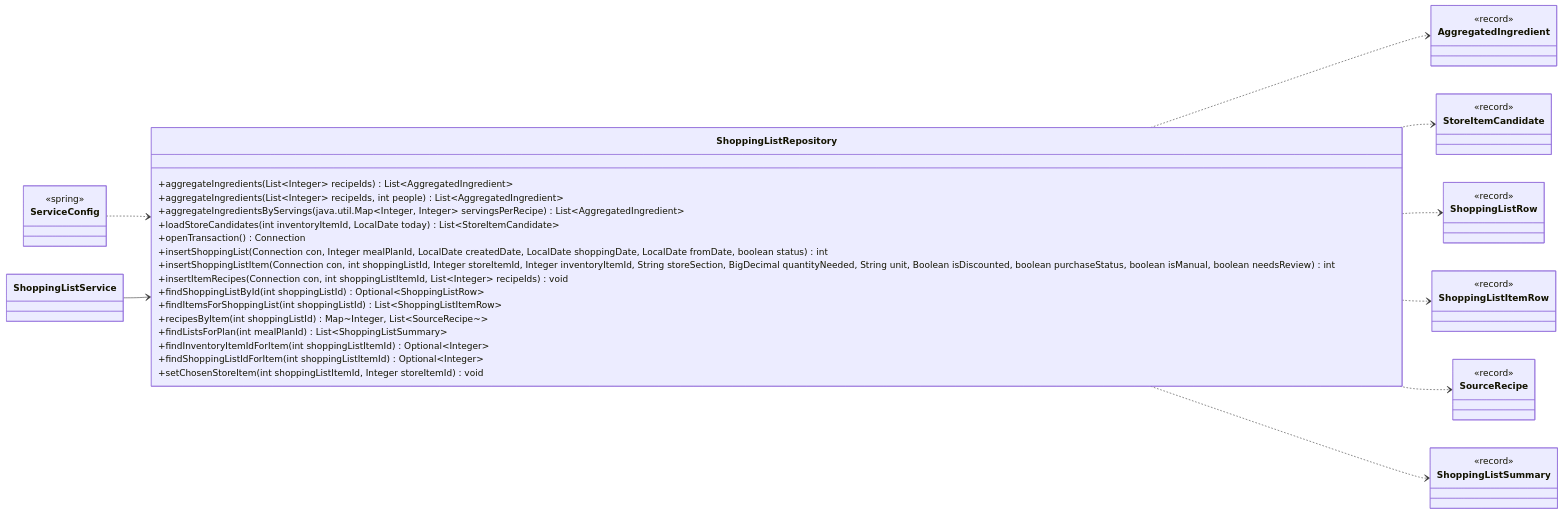
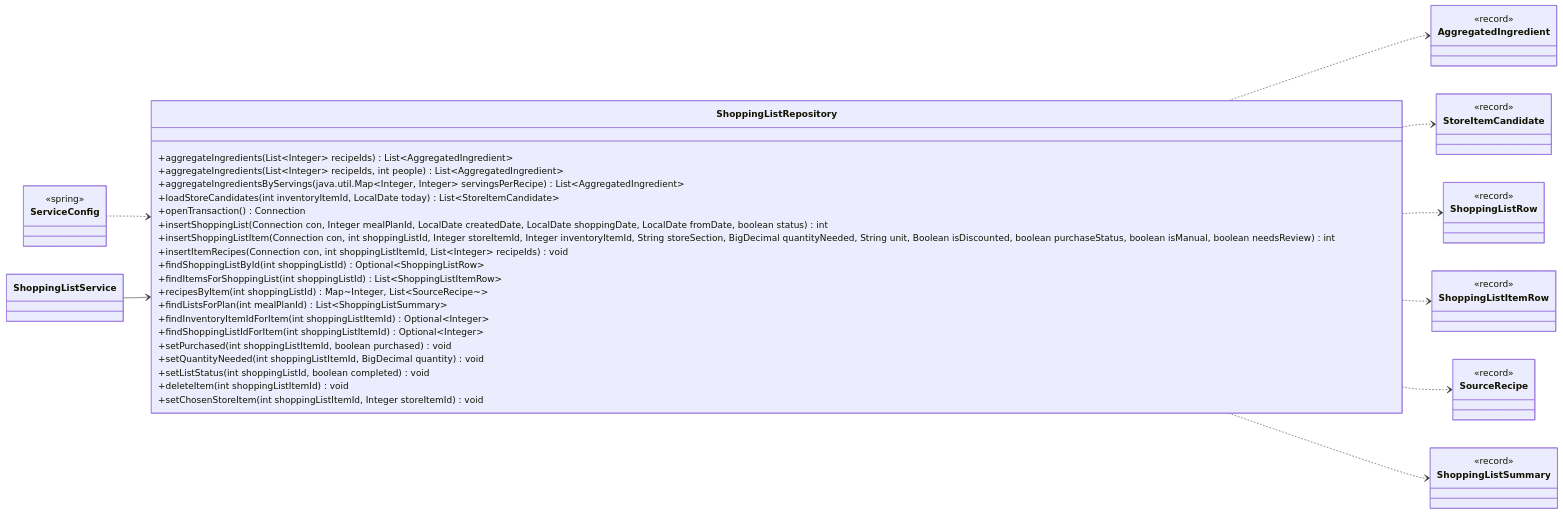
The ninth of 16 diagrams in docs/classes/shopping.md (Nate-ryan-7690/dahaem), drawn with Mermaid before and after one commit. The commit also changed other lines of this file and 4 other files, not shown here.

````diff
--- a/docs/classes/shopping.md
+++ b/docs/classes/shopping.md
@@ -370,51 +407,55 @@
 ```mermaid
 classDiagram
     direction LR
     class shopping_ShoppingListRepository["ShoppingListRepository"] {
         +aggregateIngredients(List~Integer~ recipeIds) List~AggregatedIngredient~
         +aggregateIngredients(List~Integer~ recipeIds, int people) List~AggregatedIngredient~
         +aggregateIngredientsByServings(java.util.Map~Integer, Integer~ servingsPerRecipe) List~AggregatedIngredient~
         +loadStoreCandidates(int inventoryItemId, LocalDate today) List~StoreItemCandidate~
         +openTransaction() Connection
         +insertShoppingList(Connection con, Integer mealPlanId, LocalDate createdDate, LocalDate shoppingDate, LocalDate fromDate, boolean status) int
         +insertShoppingListItem(Connection con, int shoppingListId, Integer storeItemId, Integer inventoryItemId, String storeSection, BigDecimal quantityNeeded, String unit, Boolean isDiscounted, boolean purchaseStatus, boolean isManual, boolean needsReview) int
         +insertItemRecipes(Connection con, int shoppingListItemId, List~Integer~ recipeIds) void
         +findShoppingListById(int shoppingListId) Optional~ShoppingListRow~
         +findItemsForShoppingList(int shoppingListId) List~ShoppingListItemRow~
         +recipesByItem(int shoppingListId) Map~Integer, List~SourceRecipe~~
         +findListsForPlan(int mealPlanId) List~ShoppingListSummary~
         +findInventoryItemIdForItem(int shoppingListItemId) Optional~Integer~
         +findShoppingListIdForItem(int shoppingListItemId) Optional~Integer~
+        +setPurchased(int shoppingListItemId, boolean purchased) void
+        +setQuantityNeeded(int shoppingListItemId, BigDecimal quantity) void
+        +setListStatus(int shoppingListId, boolean completed) void
+        +deleteItem(int shoppingListItemId) void
         +setChosenStoreItem(int shoppingListItemId, Integer storeItemId) void
     }
     class shopping_ShoppingListService["ShoppingListService"]
     class shopping_AggregatedIngredient["AggregatedIngredient"] {
         <<record>>
     }
     class shopping_StoreItemCandidate["StoreItemCandidate"] {
         <<record>>
     }
     class shopping_ShoppingListRow["ShoppingListRow"] {
         <<record>>
     }
     class shopping_ShoppingListItemRow["ShoppingListItemRow"] {
         <<record>>
     }
     class shopping_SourceRecipe["SourceRecipe"] {
         <<record>>
     }
     class shopping_ShoppingListSummary["ShoppingListSummary"] {
         <<record>>
     }
     class api_ServiceConfig["ServiceConfig"] {
         <<spring>>
     }
     shopping_ShoppingListRepository ..> shopping_AggregatedIngredient
     shopping_ShoppingListRepository ..> shopping_StoreItemCandidate
     shopping_ShoppingListRepository ..> shopping_ShoppingListRow
     shopping_ShoppingListRepository ..> shopping_ShoppingListItemRow
     shopping_ShoppingListRepository ..> shopping_SourceRecipe
     shopping_ShoppingListRepository ..> shopping_ShoppingListSummary
     api_ServiceConfig ..> shopping_ShoppingListRepository
     shopping_ShoppingListService --> shopping_ShoppingListRepository
 ```
````
